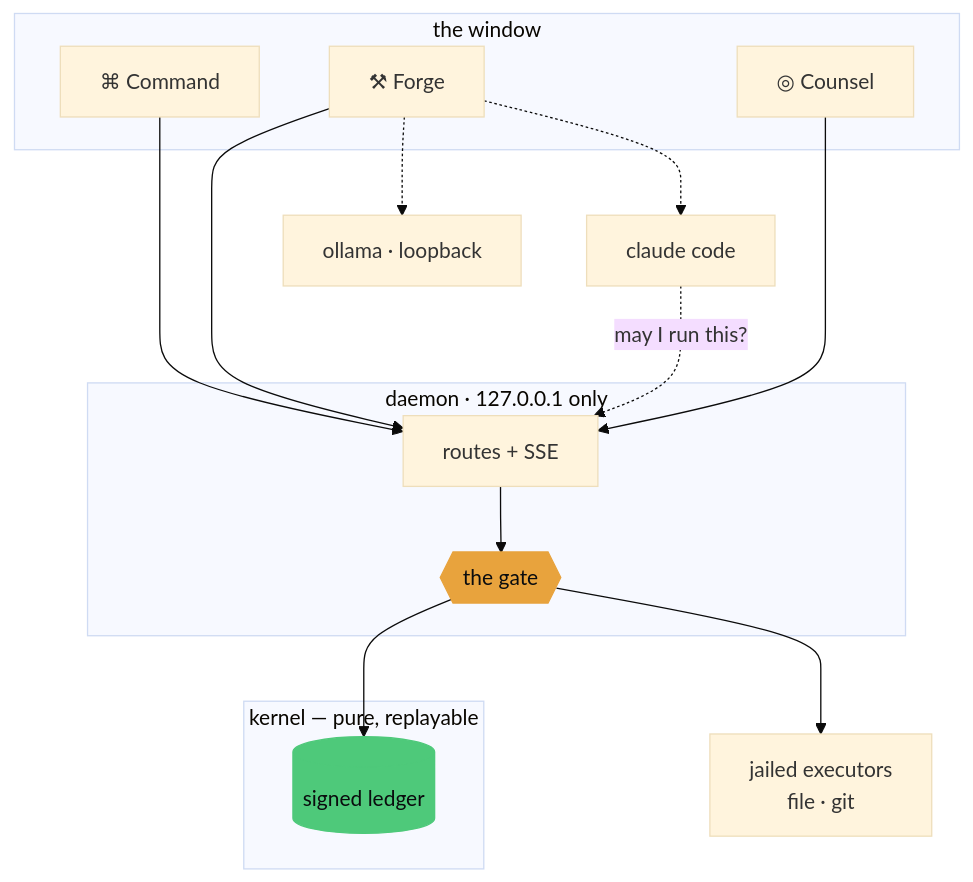
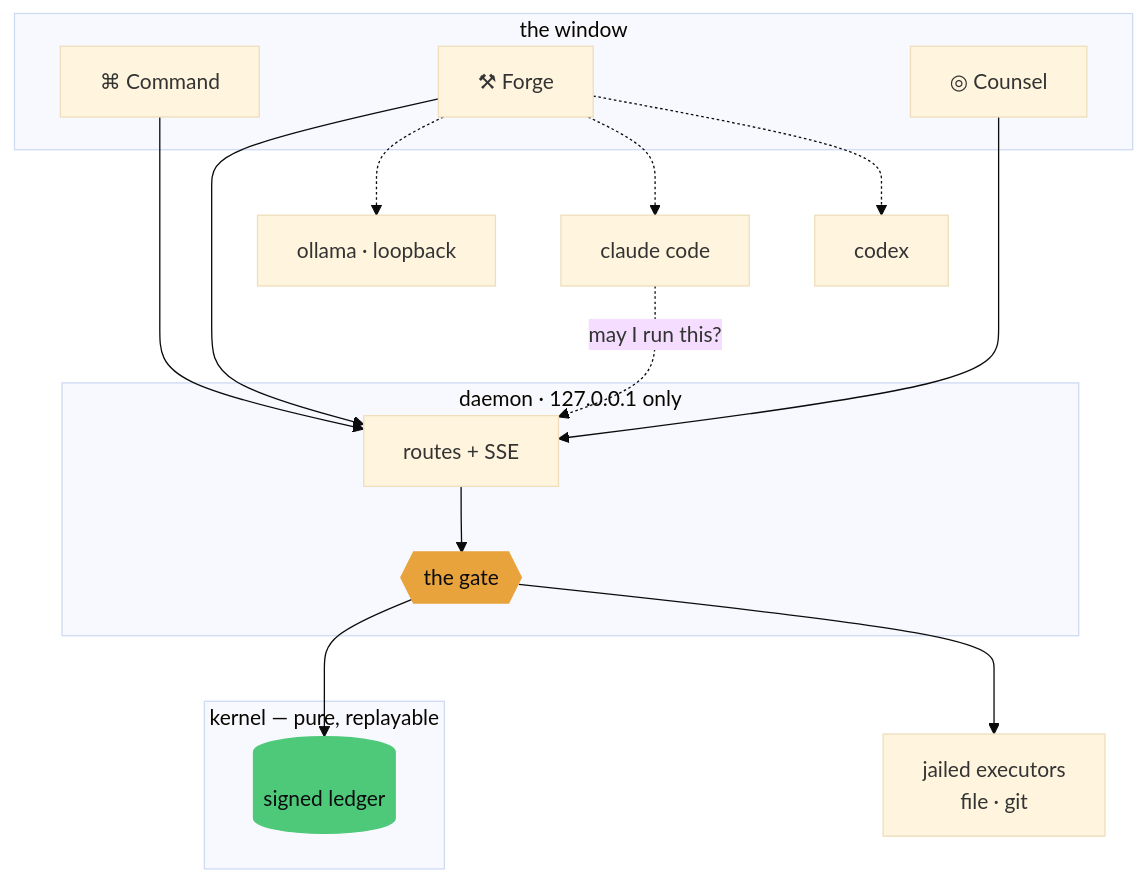
The third of 3 diagrams in README.md (abheet19/Zeno), drawn with Mermaid (base theme) before and after one commit. The commit also changed other lines of this file and 16 other files, not shown here.

````diff
--- a/README.md
+++ b/README.md
@@ -469,20 +483,21 @@
 ```mermaid
 flowchart TB
     subgraph W[" the window "]
         CMD[⌘ Command] & FRG[⚒ Forge] & CNS[◎ Counsel]
     end
     subgraph D[" daemon · 127.0.0.1 only "]
         API[routes + SSE] --> GATE
     end
     subgraph K[" kernel — pure, replayable "]
         GATE{{the gate}} --> LED[(signed ledger)]
     end
     CMD & FRG & CNS --> API
     FRG -.-> OLL[ollama · loopback]
     FRG -.-> CC[claude code]
+    FRG -.-> CX[codex]
     CC -.->|may I run this?| API
     GATE --> EX[jailed executors<br/>file · git]
 
     style GATE fill:#e8a33d,stroke:#e8a33d,color:#0a0c0e
     style LED fill:#4ec97a,stroke:#4ec97a,color:#0a0c0e
 ```
````
